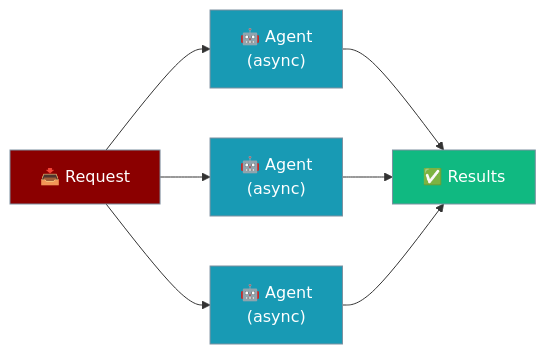
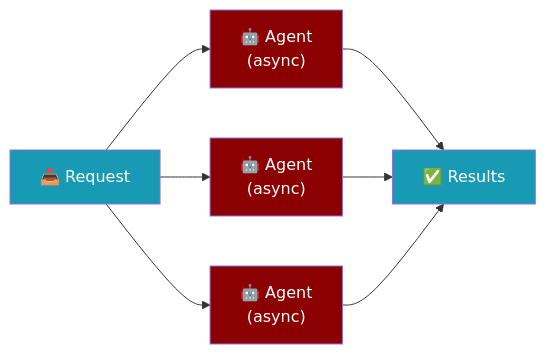
One commit to MervinPraison/PraisonAIDocs changed the first of 2 diagrams in docs/features/async.mdx. Above: the diagram before and after it, drawn with Mermaid. The commit also changed 24 other files, not shown here.

````diff
--- a/docs/features/async.mdx
+++ b/docs/features/async.mdx
@@ -10,17 +10,15 @@
 ```mermaid
 graph LR
     IN["📥 Request"] --> AGENT1["🤖 Agent\n(async)"]
     IN --> AGENT2["🤖 Agent\n(async)"]
     IN --> AGENT3["🤖 Agent\n(async)"]
     AGENT1 --> OUT["✅ Results"]
     AGENT2 --> OUT
     AGENT3 --> OUT
 
-    classDef agent fill:#8B0000,stroke:#7C90A0,color:#fff
-    classDef tool fill:#189AB4,stroke:#7C90A0,color:#fff
-    classDef success fill:#10B981,stroke:#7C90A0,color:#fff
+    classDef agent fill:#8B0000,color:#fff
+    classDef tool fill:#189AB4,color:#fff
 
-    class IN agent
-    class AGENT1,AGENT2,AGENT3 tool
-    class OUT success
+    class AGENT1,AGENT2,AGENT3 agent
+    class IN,OUT tool
 ```
````
